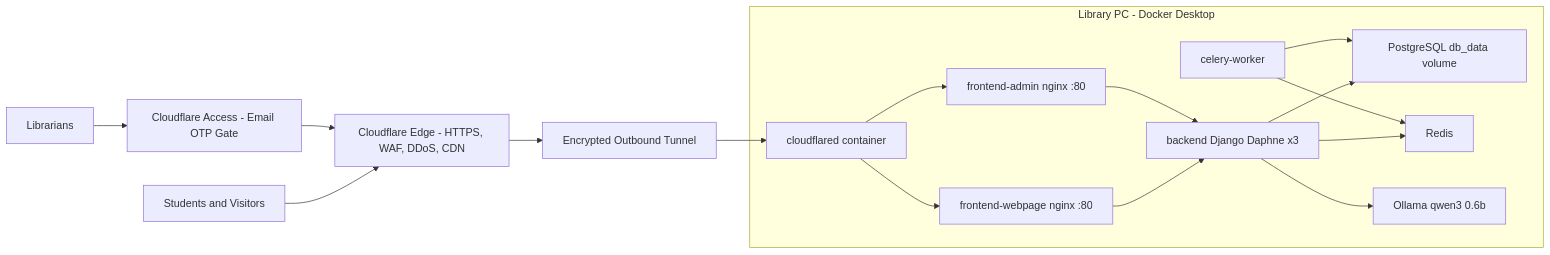
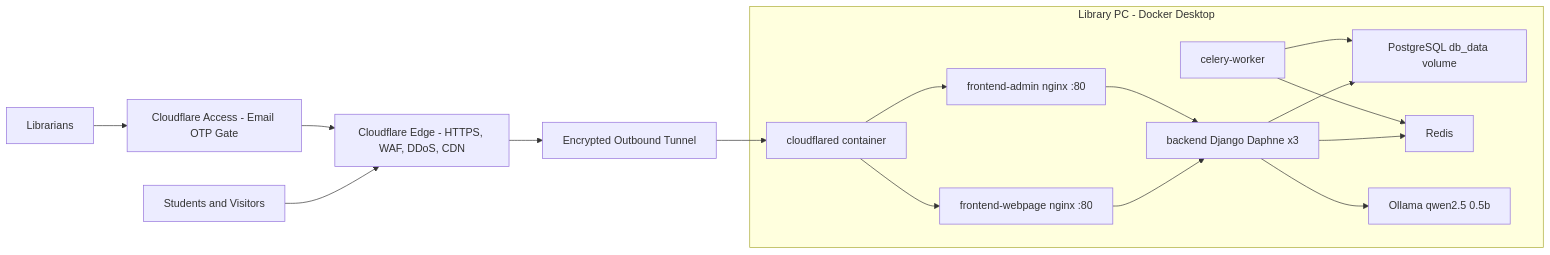
The diagram in CLOUDFLARE_TUNNEL_MIGRATION.md (JMSuico/JRMSULibrary-web-PAGE), drawn with Mermaid before and after one commit. The commit also changed 8 other files, not shown here.

````diff
--- a/CLOUDFLARE_TUNNEL_MIGRATION.md
+++ b/CLOUDFLARE_TUNNEL_MIGRATION.md
@@ -54,27 +54,27 @@
 ```mermaid
 flowchart LR
     U["Students and Visitors"] --> CF["Cloudflare Edge - HTTPS, WAF, DDoS, CDN"]
     A["Librarians"] --> ACC["Cloudflare Access - Email OTP Gate"]
     ACC --> CF
     CF --> T["Encrypted Outbound Tunnel"]
     subgraph PC ["Library PC - Docker Desktop"]
         CD["cloudflared container"]
         FW["frontend-webpage nginx :80"]
         FA["frontend-admin nginx :80"]
         BE["backend Django Daphne x3"]
         DB["PostgreSQL db_data volume"]
         RD["Redis"]
         CW["celery-worker"]
-        OL["Ollama qwen3 0.6b"]
+        OL["Ollama qwen2.5 0.5b"]
     end
     T --> CD
     CD --> FW
     CD --> FA
     FW --> BE
     FA --> BE
     BE --> DB
     BE --> RD
     BE --> OL
     CW --> RD
     CW --> DB
 ```
````
